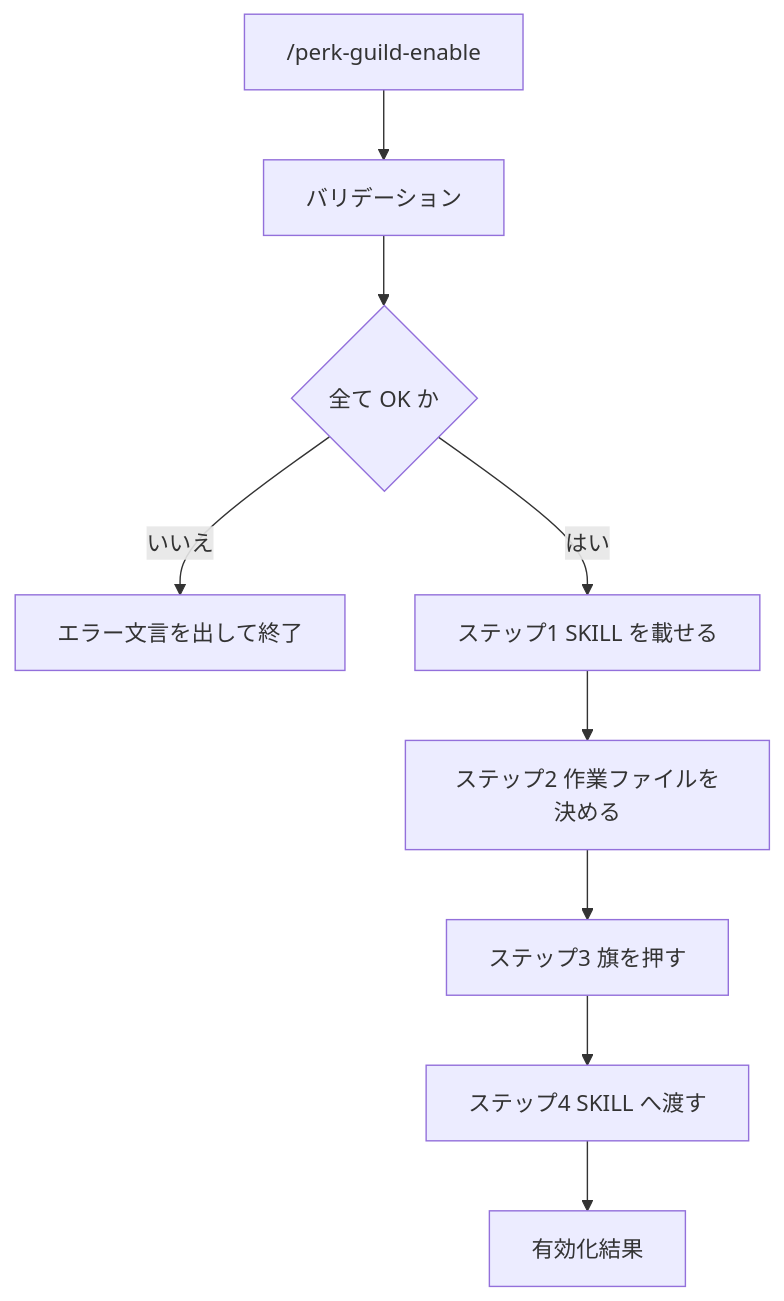
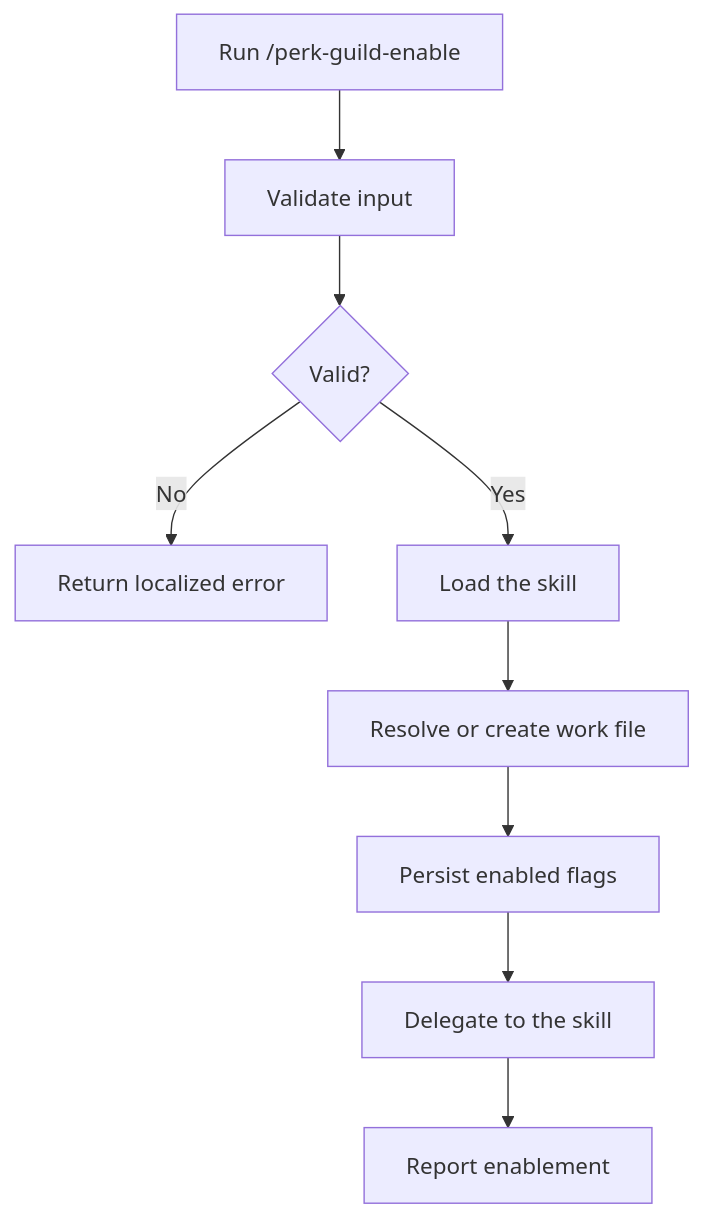
The diagram in packages/workspace-agent-perk-guild/.apm/prompts/perk-guild-enable.prompt.md (elu697/agent-skills), drawn with Mermaid before and after one commit. The commit also changed other lines of this file and 9 other files, not shown here.

Commit message:
Make perk-guild portable across user locales.

````diff
--- a/packages/workspace-agent-perk-guild/.apm/prompts/perk-guild-enable.prompt.md
+++ b/packages/workspace-agent-perk-guild/.apm/prompts/perk-guild-enable.prompt.md
@@ -79,11 +86,11 @@
 ```mermaid
 flowchart TD
-    Start["/perk-guild-enable"] --> StepV["バリデーション"]
-    StepV --> Decision{"全て OK か"}
-    Decision -->|いいえ| Abort["エラー文言を出して終了"]
-    Decision -->|はい| Step1["ステップ1 SKILL を載せる"]
-    Step1 --> Step2["ステップ2 作業ファイルを決める"]
-    Step2 --> Step3["ステップ3 旗を押す"]
-    Step3 --> Step4["ステップ4 SKILL へ渡す"]
-    Step4 --> Done["有効化結果"]
+    Start["Run /perk-guild-enable"] --> Validate["Validate input"]
+    Validate --> Valid{"Valid?"}
+    Valid -->|No| Abort["Return localized error"]
+    Valid -->|Yes| Load["Load the skill"]
+    Load --> File["Resolve or create work file"]
+    File --> Flag["Persist enabled flags"]
+    Flag --> Delegate["Delegate to the skill"]
+    Delegate --> Done["Report enablement"]
 ```
````
